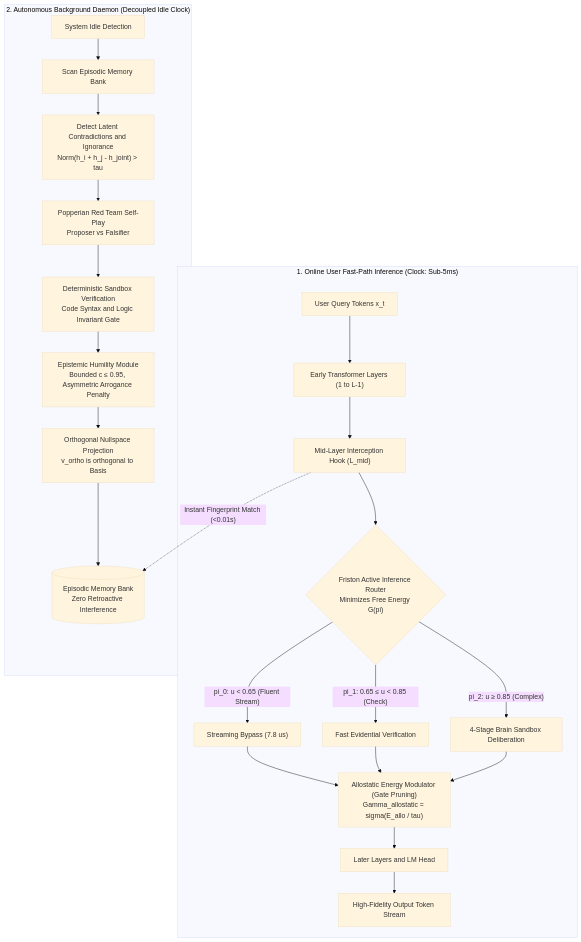
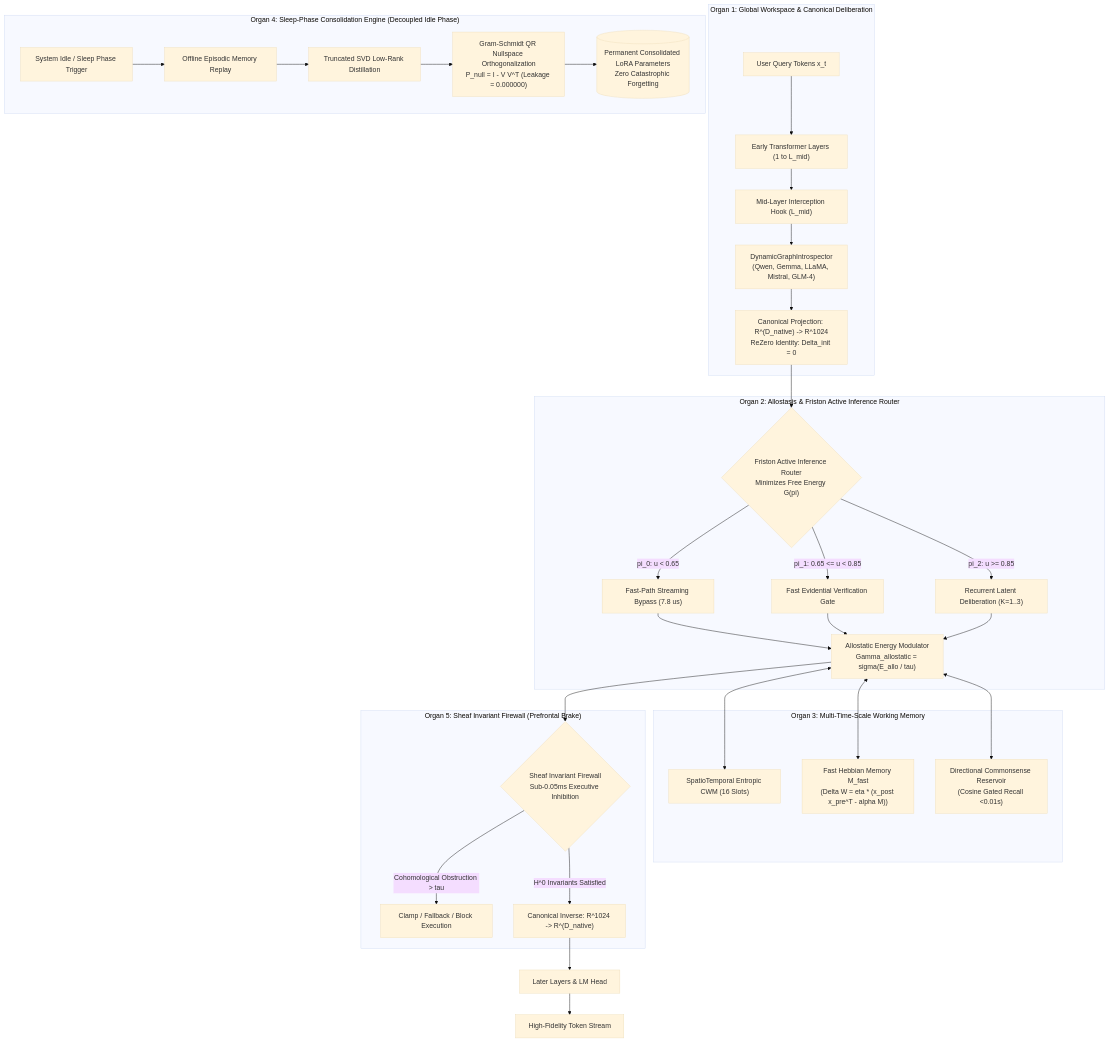
The diagram in README.md (Ch3nOff/dual-loop-controller), drawn with Mermaid (base theme) before and after one commit. The commit also changed other lines of this file and 3 other files, not shown here.

Commit message:
release: bump version to v3.1.0 and enrich README with HADL v3.1.0 architecture & benchmarks

````diff
--- a/README.md
+++ b/README.md
@@ -37,32 +66,41 @@
 ```mermaid
 flowchart TD
-    subgraph UserInference ["1. Online User Fast-Path Inference (Clock: Sub-5ms)"]
-        In["User Query Tokens x_t"] --> EarlyLayers["Early Transformer Layers (1 to L-1)"]
+    subgraph Organ1 ["Organ 1: Global Workspace & Canonical Deliberation"]
+        In["User Query Tokens x_t"] --> EarlyLayers["Early Transformer Layers (1 to L_mid)"]
         EarlyLayers --> Hook["Mid-Layer Interception Hook (L_mid)"]
-        Hook --> FristonRouter{"Friston Active Inference Router<br/>Minimizes Free Energy G(pi)"}
-        FristonRouter -->|"pi_0: u &lt; 0.65 (Fluent Stream)"| Bypass["Streaming Bypass (7.8 us)"]
-        FristonRouter -->|"pi_1: 0.65 &le; u &lt; 0.85 (Check)"| FastCheck["Fast Evidential Verification"]
-        FristonRouter -->|"pi_2: u &ge; 0.85 (Complex)"| BrainSandbox["4-Stage Brain Sandbox Deliberation"]
-        
-        Bypass --> Allostasis["Allostatic Energy Modulator (Gate Pruning)<br/>Gamma_allostatic = sigma(E_allo / tau)"]
-        FastCheck --> Allostasis
-        BrainSandbox --> Allostasis
-        
-        Allostasis --> LateLayers["Later Layers and LM Head"]
-        LateLayers --> Output["High-Fidelity Output Token Stream"]
+        Hook --> GraphIntrospect["DynamicGraphIntrospector<br/>(Qwen, Gemma, LLaMA, Mistral, GLM-4)"]
+        GraphIntrospect --> CanonicalMap["Canonical Projection: R^(D_native) -> R^1024<br/>ReZero Identity: Delta_init = 0"]
     end
 
-    subgraph AutonomousDaemon ["2. Autonomous Background Daemon (Decoupled Idle Clock)"]
-        IdleDetect["System Idle Detection"] --> ScanMemory["Scan Episodic Memory Bank"]
-        ScanMemory --> DetectContradiction["Detect Latent Contradictions and Ignorance<br/>Norm(h_i + h_j - h_joint) &gt; tau"]
-        
-        DetectContradiction --> PopperianSelfPlay["Popperian Red Team Self-Play<br/>Proposer vs Falsifier"]
-        PopperianSelfPlay --> SandboxTruth["Deterministic Sandbox Verification<br/>Code Syntax and Logic Invariant Gate"]
-        
-        SandboxTruth --> EpistemicHumility["Epistemic Humility Module<br/>Bounded c &le; 0.95, Asymmetric Arrogance Penalty"]
-        EpistemicHumility --> NullspaceProj["Orthogonal Nullspace Projection<br/>v_ortho is orthogonal to Basis"]
-        NullspaceProj --> MemoryBank[("Episodic Memory Bank<br/>Zero Retroactive Interference")]
+    subgraph Organ2 ["Organ 2: Allostasis & Friston Active Inference Router"]
+        CanonicalMap --> FristonRouter{"Friston Active Inference Router<br/>Minimizes Free Energy G(pi)"}
+        FristonRouter -->|"pi_0: u < 0.65"| FastBypass["Fast-Path Streaming Bypass (7.8 us)"]
+        FristonRouter -->|"pi_1: 0.65 <= u < 0.85"| EvidentialCheck["Fast Evidential Verification Gate"]
+        FristonRouter -->|"pi_2: u >= 0.85"| DeliberationLoop["Recurrent Latent Deliberation (K=1..3)"]
+        FastBypass --> Allostasis["Allostatic Energy Modulator<br/>Gamma_allostatic = sigma(E_allo / tau)"]
+        EvidentialCheck --> Allostasis
+        DeliberationLoop --> Allostasis
     end
-    
-    Hook -.->|"Instant Fingerprint Match (&lt;0.01s)"| MemoryBank
+
+    subgraph Organ3 ["Organ 3: Multi-Time-Scale Working Memory"]
+        Allostasis <--> CWM["SpatioTemporal Entropic CWM (16 Slots)"]
+        Allostasis <--> FastHebbian["Fast Hebbian Memory M_fast<br/>(Delta W = eta * (x_post x_pre^T - alpha M))"]
+        Allostasis <--> DirectionalRes["Directional Commonsense Reservoir<br/>(Cosine Gated Recall <0.01s)"]
+    end
+
+    subgraph Organ5 ["Organ 5: Sheaf Invariant Firewall (Prefrontal Brake)"]
+        Allostasis --> SheafFirewall{"Sheaf Invariant Firewall<br/>Sub-0.05ms Executive Inhibition"}
+        SheafFirewall -->|"Cohomological Obstruction > tau"| ClampSafety["Clamp / Fallback / Block Execution"]
+        SheafFirewall -->|"H^0 Invariants Satisfied"| NativeProject["Canonical Inverse: R^1024 -> R^(D_native)"]
+    end
+
+    NativeProject --> LateLayers["Later Layers & LM Head"]
+    LateLayers --> OutStream["High-Fidelity Token Stream"]
+
+    subgraph Organ4 ["Organ 4: Sleep-Phase Consolidation Engine (Decoupled Idle Phase)"]
+        SystemIdle["System Idle / Sleep Phase Trigger"] --> ReplayBuffer["Offline Episodic Memory Replay"]
+        ReplayBuffer --> SVDDistill["Truncated SVD Low-Rank Distillation"]
+        SVDDistill --> NullspaceOrtho["Gram-Schmidt QR Nullspace Orthogonalization<br/>P_null = I - V V^T (Leakage = 0.000000)"]
+        NullspaceOrtho --> PermanentLoRA[("Permanent Consolidated LoRA Parameters<br/>Zero Catastrophic Forgetting")]
+    end
 ```
````
